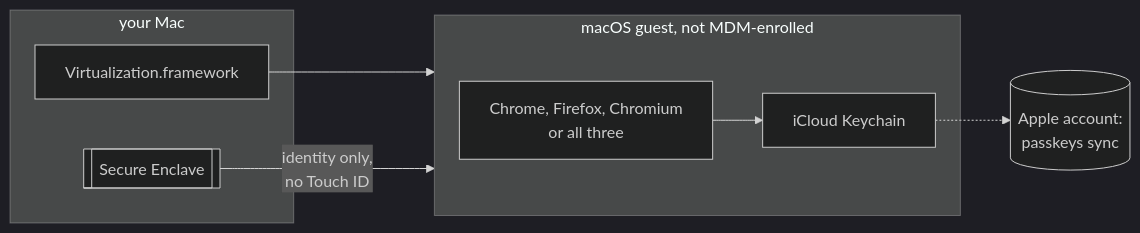
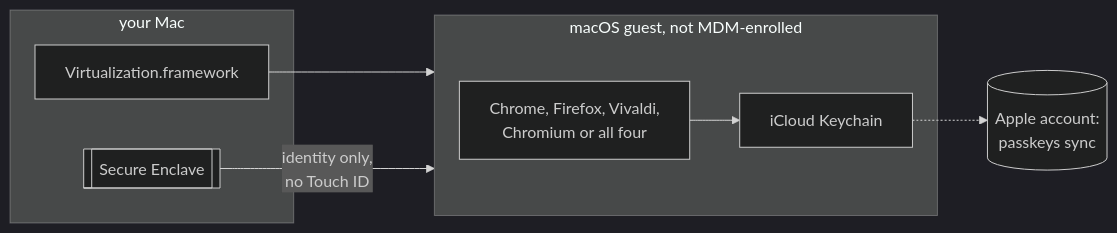
The third of 3 diagrams in README.md (sapn95/browser-in-a-box), drawn with Mermaid (dark theme) before and after one commit. The commit also changed other lines of this file, not shown here.

First line of the commit message:
docs: four browsers, everywhere it still said three

````diff
--- a/README.md
+++ b/README.md
@@ -107,13 +107,13 @@
 ```mermaid
 flowchart LR
     subgraph host [your Mac]
         V[Virtualization.framework]
         S[[Secure Enclave]]
     end
     subgraph vm [macOS guest, not MDM-enrolled]
-        C[Chrome, Firefox, Chromium<br/>or all three] --> KC[iCloud Keychain]
+        C[Chrome, Firefox, Vivaldi,<br/>Chromium or all four] --> KC[iCloud Keychain]
     end
     V --> vm
     S -- "identity only,<br/>no Touch ID" --> vm
     KC -.-> A[(Apple account:<br/>passkeys sync)]
 ```
````
